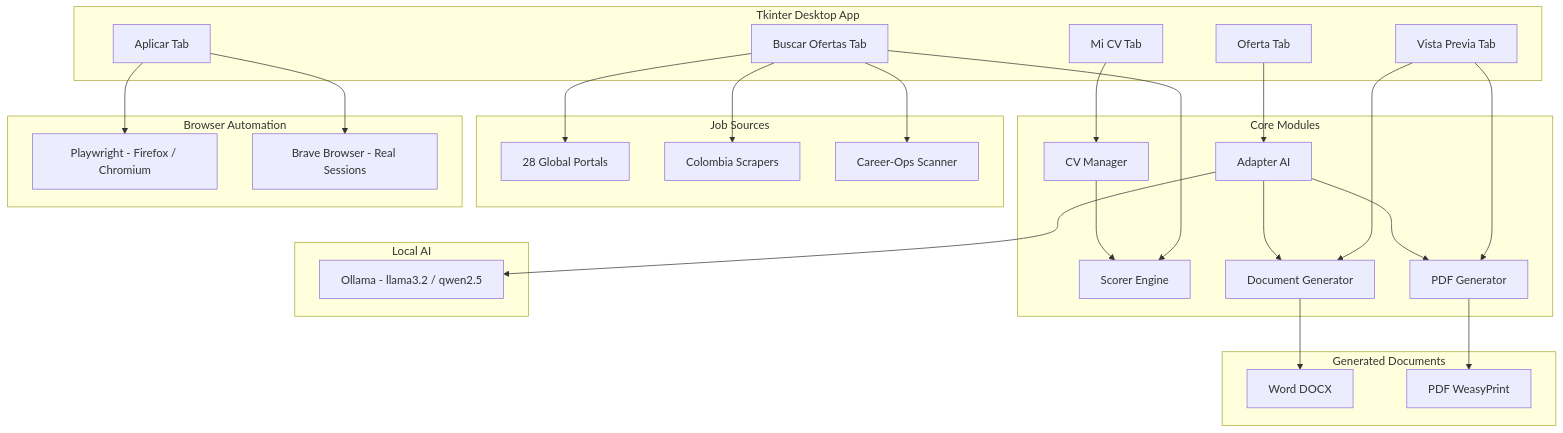
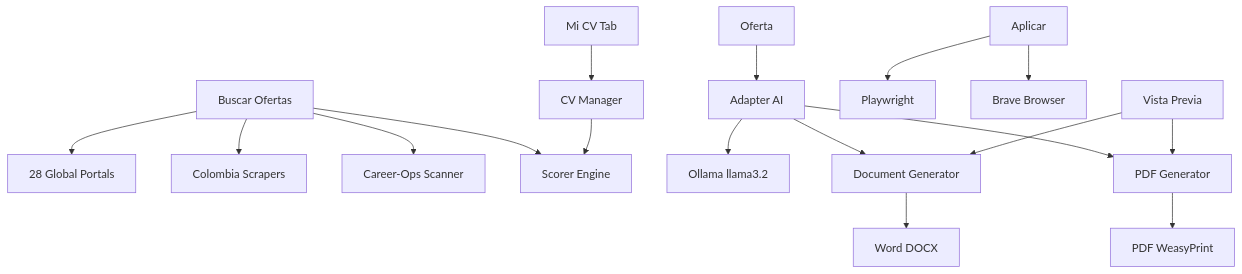
The diagram in README.md (galeanojuan2577/CV_Automat), drawn with Mermaid before and after one commit.

Commit message:
fix: simplify Mermaid diagram to flat graph (remove subgraphs)

````diff
--- a/README.md
+++ b/README.md
@@ -32,55 +32,19 @@
 ```mermaid
-flowchart TB
-    subgraph GUI["Tkinter Desktop App"]
-        CVTAB["Mi CV Tab"]
-        SEARCH["Buscar Ofertas Tab"]
-        OFERTA["Oferta Tab"]
-        PREVIEW["Vista Previa Tab"]
-        APPLY["Aplicar Tab"]
-    end
-
-    subgraph Core["Core Modules"]
-        CVM["CV Manager"]
-        SCORER["Scorer Engine"]
-        ADAPT["Adapter AI"]
-        DOCGEN["Document Generator"]
-        PDFGEN["PDF Generator"]
-    end
-
-    subgraph AI["Local AI"]
-        OLLAMA["Ollama - llama3.2 / qwen2.5"]
-    end
-
-    subgraph Sources["Job Sources"]
-        JOBDROP["28 Global Portals"]
-        COLOMBIA["Colombia Scrapers"]
-        CAREER["Career-Ops Scanner"]
-    end
-
-    subgraph Output["Generated Documents"]
-        WORD["Word DOCX"]
-        PDF["PDF WeasyPrint"]
-    end
-
-    subgraph Browser["Browser Automation"]
-        PW["Playwright - Firefox / Chromium"]
-        BRAVE["Brave Browser - Real Sessions"]
-    end
-
-    CVTAB --> CVM
+graph TD
+    CVTAB[Mi CV Tab] --> CVM[CV Manager]
+    SEARCH[Buscar Ofertas] --> JOBDROP[28 Global Portals]
+    SEARCH --> COLOMBIA[Colombia Scrapers]
+    SEARCH --> CAREER[Career-Ops Scanner]
+    SEARCH --> SCORER[Scorer Engine]
+    OFERTA[Oferta] --> ADAPT[Adapter AI]
+    ADAPT --> OLLAMA[Ollama llama3.2]
+    ADAPT --> DOCGEN[Document Generator]
+    ADAPT --> PDFGEN[PDF Generator]
+    DOCGEN --> WORD[Word DOCX]
+    PDFGEN --> PDF[PDF WeasyPrint]
+    APPLY[Aplicar] --> PW[Playwright]
+    APPLY --> BRAVE[Brave Browser]
+    PREVIEW[Vista Previa] --> DOCGEN
+    PREVIEW --> PDFGEN
     CVM --> SCORER
-    SEARCH --> JOBDROP
-    SEARCH --> COLOMBIA
-    SEARCH --> CAREER
-    SEARCH --> SCORER
-    OFERTA --> ADAPT
-    ADAPT --> OLLAMA
-    ADAPT --> DOCGEN
-    ADAPT --> PDFGEN
-    DOCGEN --> WORD
-    PDFGEN --> PDF
-    APPLY --> PW
-    APPLY --> BRAVE
-    PREVIEW --> DOCGEN
-    PREVIEW --> PDFGEN
 ```
````
